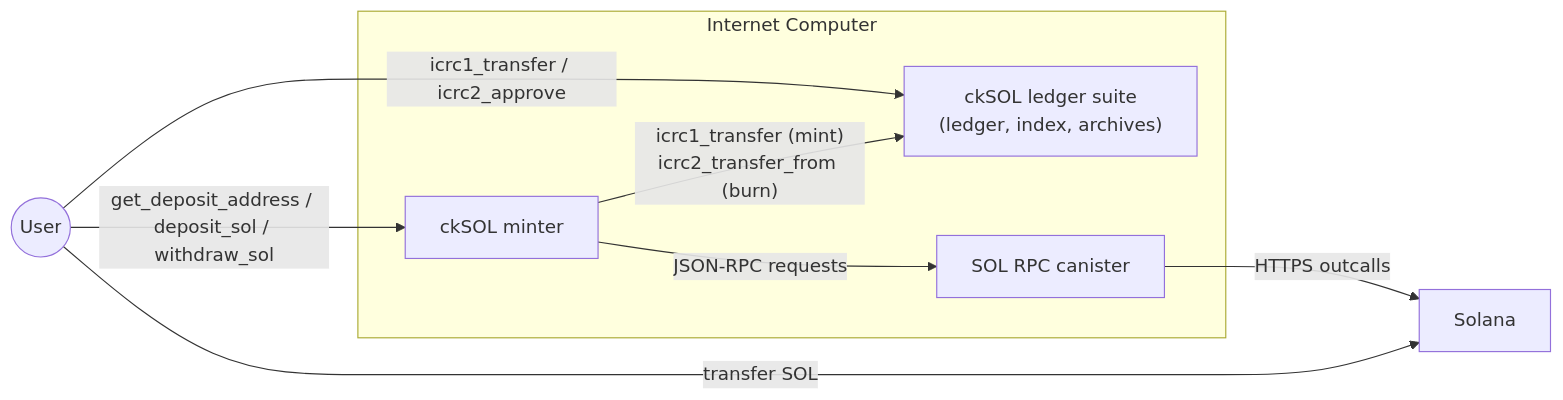
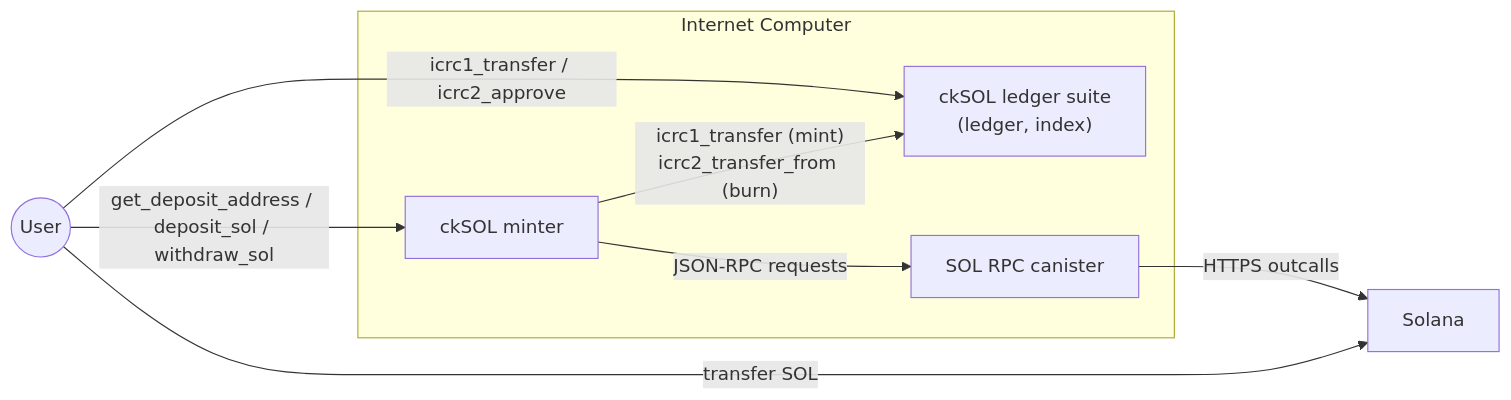
The first of 8 diagrams in docs/design.md (dfinity/cksol), drawn with Mermaid before and after one commit. The commit also changed other lines of this file and 1 other file, not shown here.

First line of the commit message:
docs: name the transaction submission flow and correct the stale sections (#251)

````diff
--- a/docs/design.md
+++ b/docs/design.md
@@ -48,17 +46,17 @@
 ```mermaid
 graph LR
     User((User))
     subgraph IC["Internet Computer"]
         Minter["ckSOL minter"]
-        Ledger["ckSOL ledger suite<br/>(ledger, index, archives)"]
+        Ledger["ckSOL ledger suite<br/>(ledger, index)"]
         RPC["SOL RPC canister"]
     end
     Solana["Solana"]
 
     User -- "get_deposit_address / deposit_sol / withdraw_sol" --> Minter
     User -- "icrc1_transfer / icrc2_approve" --> Ledger
     Minter -- "icrc1_transfer (mint)<br/>icrc2_transfer_from (burn)" --> Ledger
     Minter -- "JSON-RPC requests" --> RPC
     RPC -- "HTTPS outcalls" --> Solana
     User -- "transfer SOL" --> Solana
 ```
````
